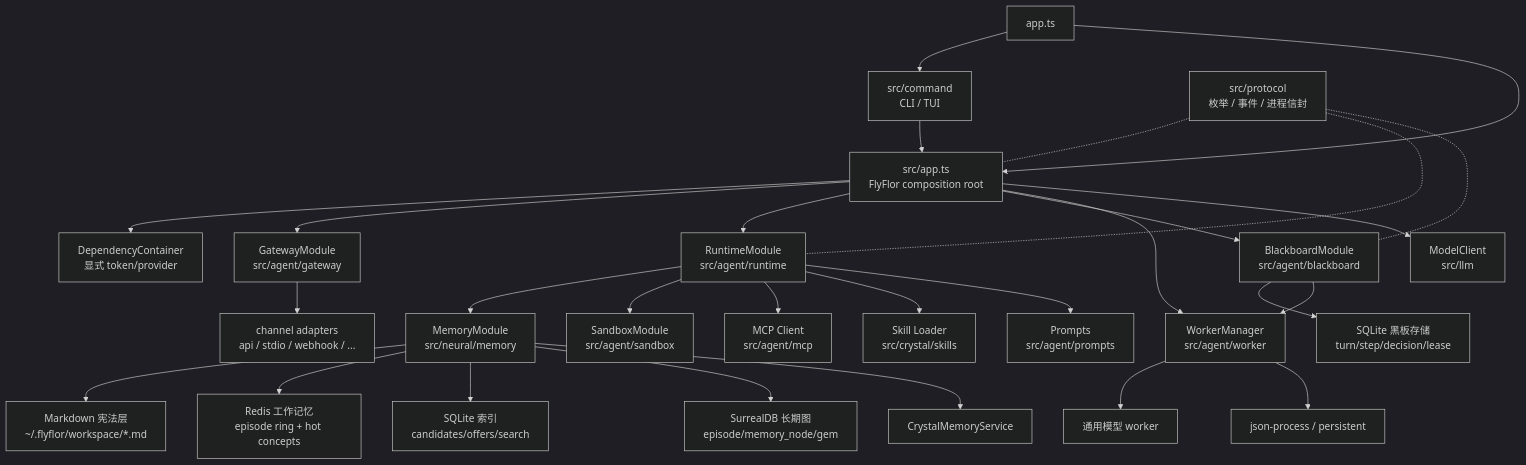
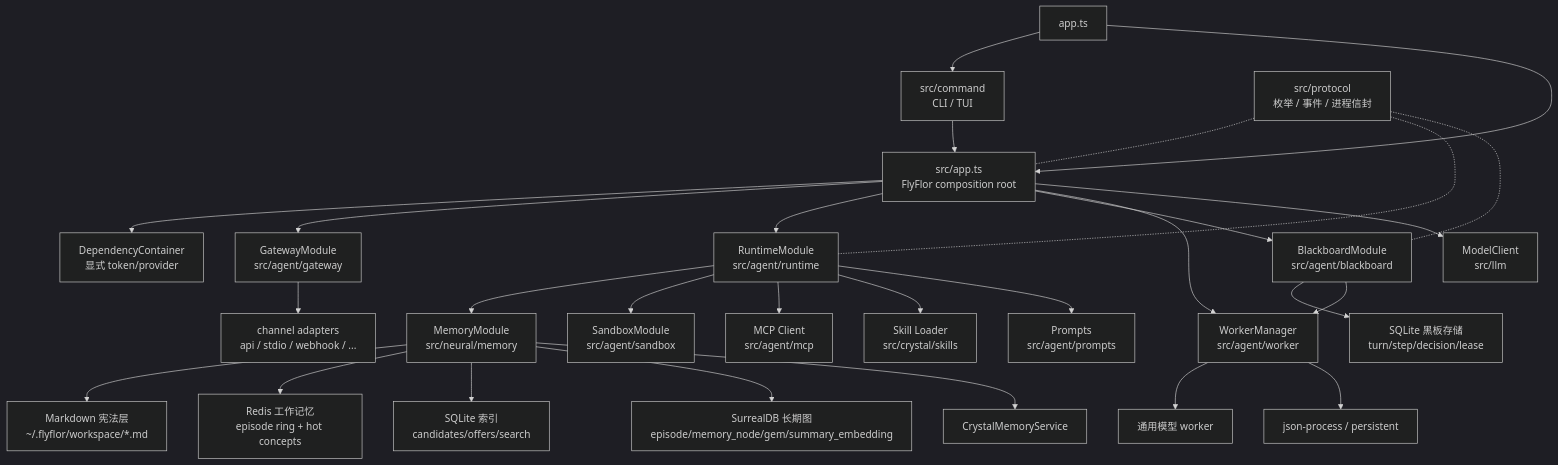
The first of 3 diagrams in docs/architecture.md (flyflor/flyflor), drawn with Mermaid (dark theme) before and after one commit. The commit also changed other lines of this file and 68 other files, not shown here.

Commit message:
feat(memory): close summary embedding and brain archive rollout

````diff
--- a/docs/architecture.md
+++ b/docs/architecture.md
@@ -26,36 +26,36 @@
 ```mermaid
 flowchart TB
     Entry["app.ts"] --> Command["src/command<br/>CLI / TUI"]
     Entry --> AppRoot["src/app.ts<br/>FlyFlor composition root"]
     Command --> AppRoot
     AppRoot --> Container["DependencyContainer<br/>显式 token/provider"]
 
     AppRoot --> Gateway["GatewayModule<br/>src/agent/gateway"]
     AppRoot --> Runtime["RuntimeModule<br/>src/agent/runtime"]
     AppRoot --> Blackboard["BlackboardModule<br/>src/agent/blackboard"]
     AppRoot --> Workers["WorkerManager<br/>src/agent/worker"]
     AppRoot --> Model["ModelClient<br/>src/llm"]
 
     Runtime --> Memory["MemoryModule<br/>src/neural/memory"]
     Runtime --> Sandbox["SandboxModule<br/>src/agent/sandbox"]
     Runtime --> MCP["MCP Client<br/>src/agent/mcp"]
     Runtime --> Skills["Skill Loader<br/>src/crystal/skills"]
     Runtime --> Prompts["Prompts<br/>src/agent/prompts"]
 
     Memory --> Markdown["Markdown 宪法层<br/>~/.flyflor/workspace/*.md"]
     Memory --> Redis["Redis 工作记忆<br/>episode ring + hot concepts"]
     Memory --> SQLite["SQLite 索引<br/>candidates/offers/search"]
-    Memory --> Surreal["SurrealDB 长期图<br/>episode/memory_node/gem"]
+    Memory --> Surreal["SurrealDB 长期图<br/>episode/memory_node/gem/summary_embedding"]
     Memory --> Crystal["CrystalMemoryService"]
 
     Blackboard --> BlackboardSqlite["SQLite 黑板存储<br/>turn/step/decision/lease"]
     Blackboard --> Workers
     Workers --> ModelWorker["通用模型 worker"]
     Workers --> JsonProcess["json-process / persistent"]
 
     Gateway --> Channels["channel adapters<br/>api / stdio / webhook / ..."]
 
     Protocol["src/protocol<br/>枚举 / 事件 / 进程信封"] -.- AppRoot
     Protocol -.- Runtime
     Protocol -.- Blackboard
 ```
````
